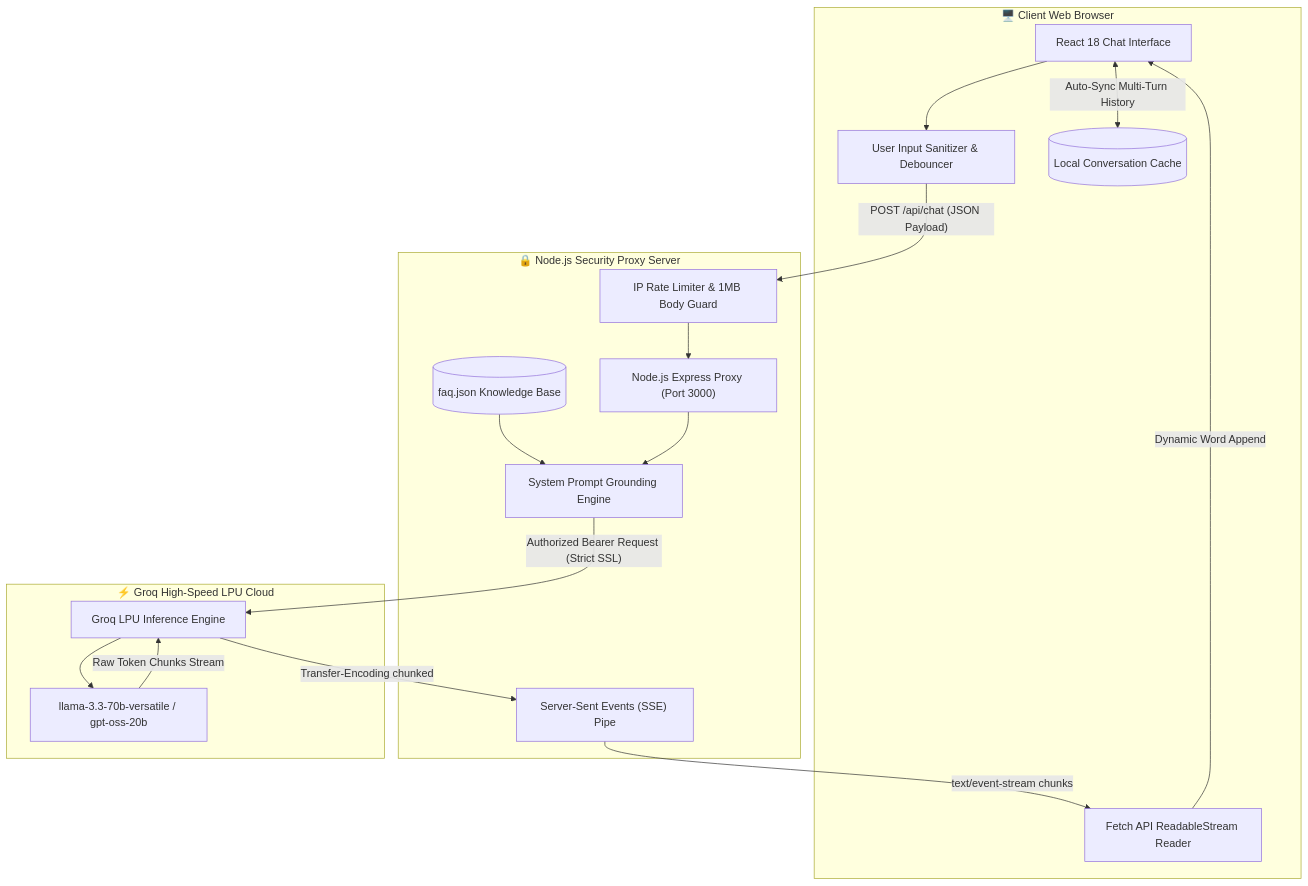
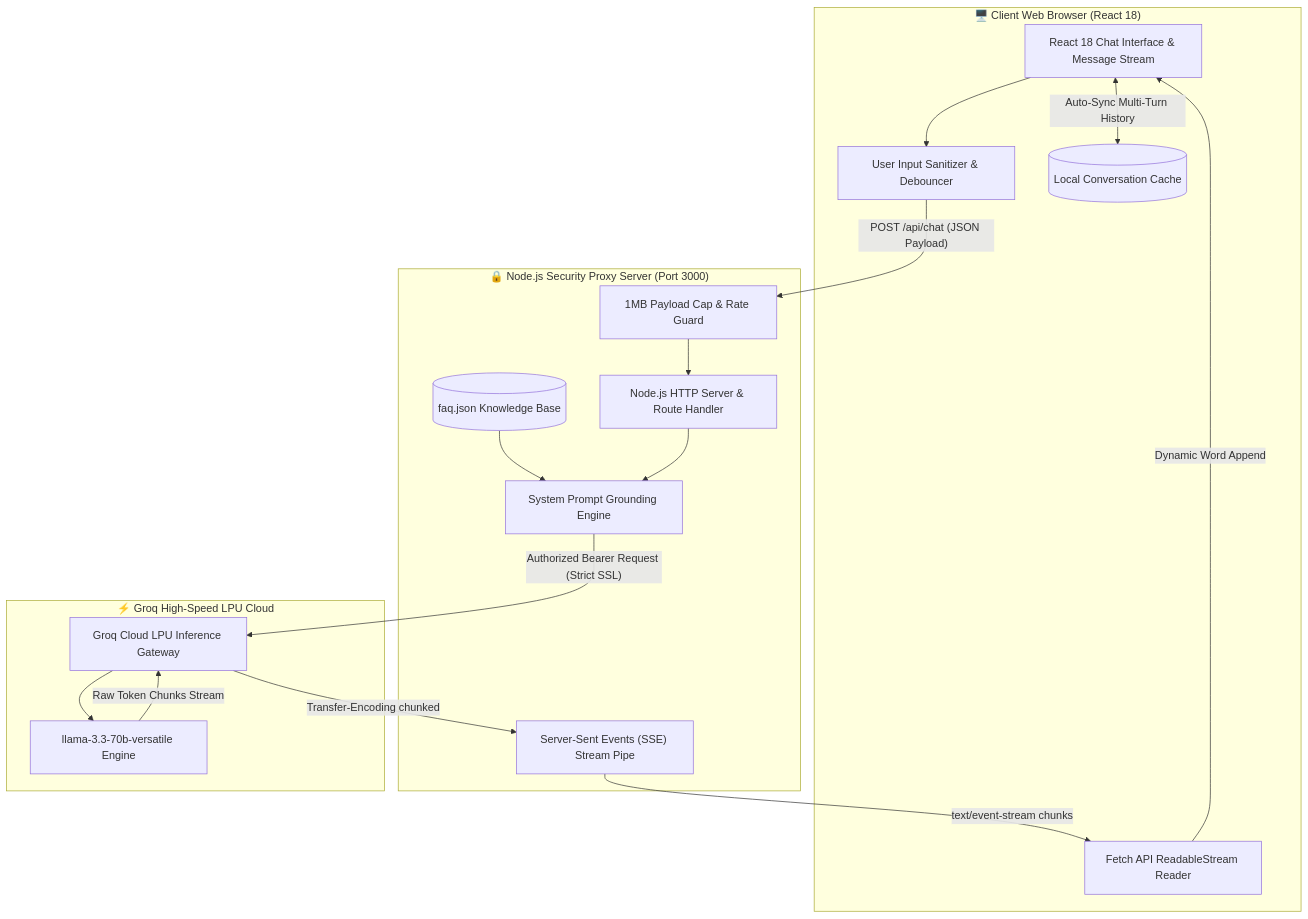
The diagram in README.md (rahaman1721/ai-customer-support-chatbot), drawn with Mermaid before and after one commit. The commit also changed other lines of this file, not shown here.

````diff
--- a/README.md
+++ b/README.md
@@ -26,39 +68,39 @@
 ```mermaid
 flowchart TD
-    subgraph ClientBrowser ["🖥️ Client Web Browser"]
-        ChatUI["React 18 Chat Interface"]
-        InputHandler["User Input Sanitizer & Debouncer"]
-        EventSourceStream["Fetch API ReadableStream Reader"]
-        LocalStorageHistory[("Local Conversation Cache")]
+    subgraph ClientBrowser ["🖥️ Client Web Browser (React 18)"]
+        ChatUI["React 18 Chat Interface & Message Stream"]
+        InputSanitizer["User Input Sanitizer & Debouncer"]
+        ReadableStreamHandler["Fetch API ReadableStream Reader"]
+        LocalStorageCache[("Local Conversation Cache")]
     end
 
-    subgraph SecurityProxy ["🔒 Node.js Security Proxy Server"]
-        ExpressApp["Node.js Express Proxy (Port 3000)"]
-        RateLimiter["IP Rate Limiter & 1MB Body Guard"]
+    subgraph SecurityProxy ["🔒 Node.js Security Proxy Server (Port 3000)"]
+        ExpressRouter["Node.js HTTP Server & Route Handler"]
+        RateLimiter["1MB Payload Cap & Rate Guard"]
         PromptEngine["System Prompt Grounding Engine"]
-        FAQContext[("faq.json Knowledge Base")]
-        SSEPipeline["Server-Sent Events (SSE) Pipe"]
+        FAQStore[("faq.json Knowledge Base")]
+        SSEPipeline["Server-Sent Events (SSE) Stream Pipe"]
     end
 
     subgraph LLMCloud ["⚡ Groq High-Speed LPU Cloud"]
-        GroqAPI["Groq LPU Inference Engine"]
-        LlamaModel["llama-3.3-70b-versatile / gpt-oss-20b"]
+        GroqAPI["Groq Cloud LPU Inference Gateway"]
+        LlamaModel["llama-3.3-70b-versatile Engine"]
     end
 
-    ChatUI --> InputHandler
-    InputHandler -->|"POST /api/chat (JSON Payload)"| RateLimiter
-    RateLimiter --> ExpressApp
+    ChatUI --> InputSanitizer
+    InputSanitizer -->|"POST /api/chat (JSON Payload)"| RateLimiter
+    RateLimiter --> ExpressRouter
     
-    FAQContext --> PromptEngine
-    ExpressApp --> PromptEngine
+    FAQStore --> PromptEngine
+    ExpressRouter --> PromptEngine
     
     PromptEngine -->|"Authorized Bearer Request (Strict SSL)"| GroqAPI
     GroqAPI --> LlamaModel
     
     LlamaModel -->|"Raw Token Chunks Stream"| GroqAPI
     GroqAPI -->|"Transfer-Encoding chunked"| SSEPipeline
-    SSEPipeline -->|"text/event-stream chunks"| EventSourceStream
+    SSEPipeline -->|"text/event-stream chunks"| ReadableStreamHandler
     
-    EventSourceStream -->|Dynamic Word Append| ChatUI
-    ChatUI <-->|Auto-Sync Multi-Turn History| LocalStorageHistory
+    ReadableStreamHandler -->|Dynamic Word Append| ChatUI
+    ChatUI <-->|Auto-Sync Multi-Turn History| LocalStorageCache
 ```
````
